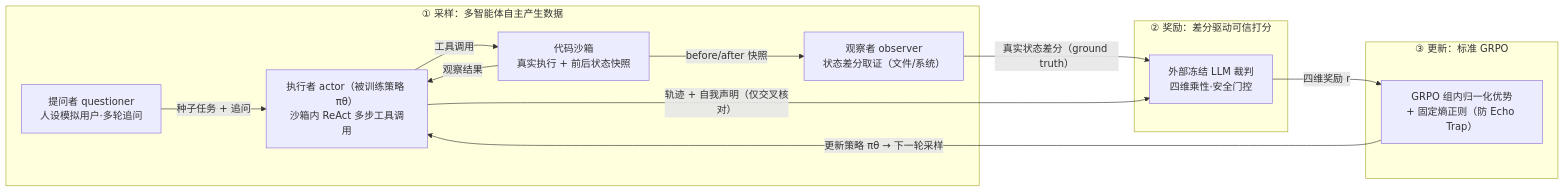
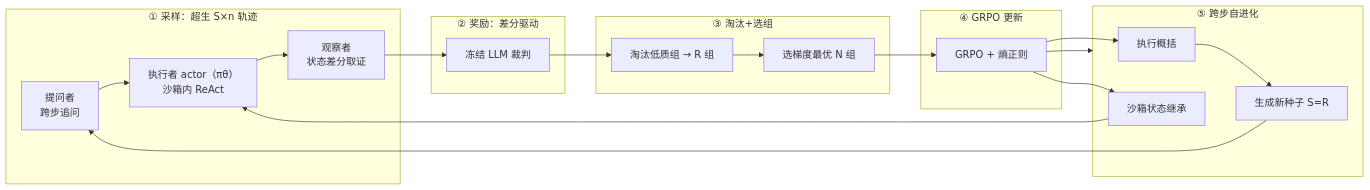
Before and after one commit to sunhatSH/self-evolving-agent-rl: the diagram in proposal/开题报告.md, drawn with Mermaid. The commit also changed other lines of this file and 68 other files, not shown here.

First line of the commit message:
自进化范式: 超生-淘汰-选组 + 跨步自进化 + 沙箱状态继承 + 训练监控; 论文/开题重写

````diff
--- a/proposal/开题报告.md
+++ b/proposal/开题报告.md
@@ -103,23 +103,35 @@
 ```mermaid
 flowchart LR
-    subgraph SAMPLE["① 采样：多智能体自主产生数据"]
-        Q["提问者 questioner<br/>人设模拟用户·多轮追问"]
-        A["执行者 actor（被训练策略 πθ）<br/>沙箱内 ReAct 多步工具调用"]
-        SBX["代码沙箱<br/>真实执行 + 前后状态快照"]
-        O["观察者 observer<br/>状态差分取证（文件/系统）"]
-        Q -- "种子任务 + 追问" --> A
-        A -- "工具调用" --> SBX
-        SBX -- "观察结果" --> A
-        SBX -- "before/after 快照" --> O
+    subgraph SAMPLE["① 采样：超生 S×n 轨迹"]
+        Q["提问者<br/>跨步追问"]
+        A["执行者 actor（πθ）<br/>沙箱内 ReAct"]
+        O["观察者<br/>状态差分取证"]
+        Q --> A
+        A --> O
     end
-    subgraph REWARD["② 奖励：差分驱动可信打分"]
-        J["外部冻结 LLM 裁判<br/>四维乘性·安全门控"]
-        O -- "真实状态差分（ground truth）" --> J
-        A -- "轨迹 + 自我声明（仅交叉核对）" --> J
+    subgraph REWARD["② 奖励：差分驱动"]
+        J["冻结 LLM 裁判"]
+        O --> J
     end
-    subgraph UPDATE["③ 更新：标准 GRPO"]
-        G["GRPO 组内归一化优势<br/>+ 固定熵正则（防 Echo Trap）"]
-        J -- "四维奖励 r" --> G
+    subgraph SELECT["③ 淘汰+选组"]
+        E["淘汰低质组 → R 组"]
+        S["选梯度最优 N 组"]
+        J --> E
+        E --> S
     end
-    G -- "更新策略 πθ → 下一轮采样" --> A
+    subgraph UPDATE["④ GRPO 更新"]
+        G["GRPO + 熵正则"]
+        S --> G
+    end
+    G --> CROSS
+    subgraph CROSS["⑤ 跨步自进化"]
+        SUM["执行概括"]
+        RESTORE["沙箱状态继承"]
+        Q2["生成新种子 S=R"]
+        G --> SUM
+        SUM --> Q2
+        G --> RESTORE
+        RESTORE --> A
+        Q2 --> Q
+    end
 ```
````
